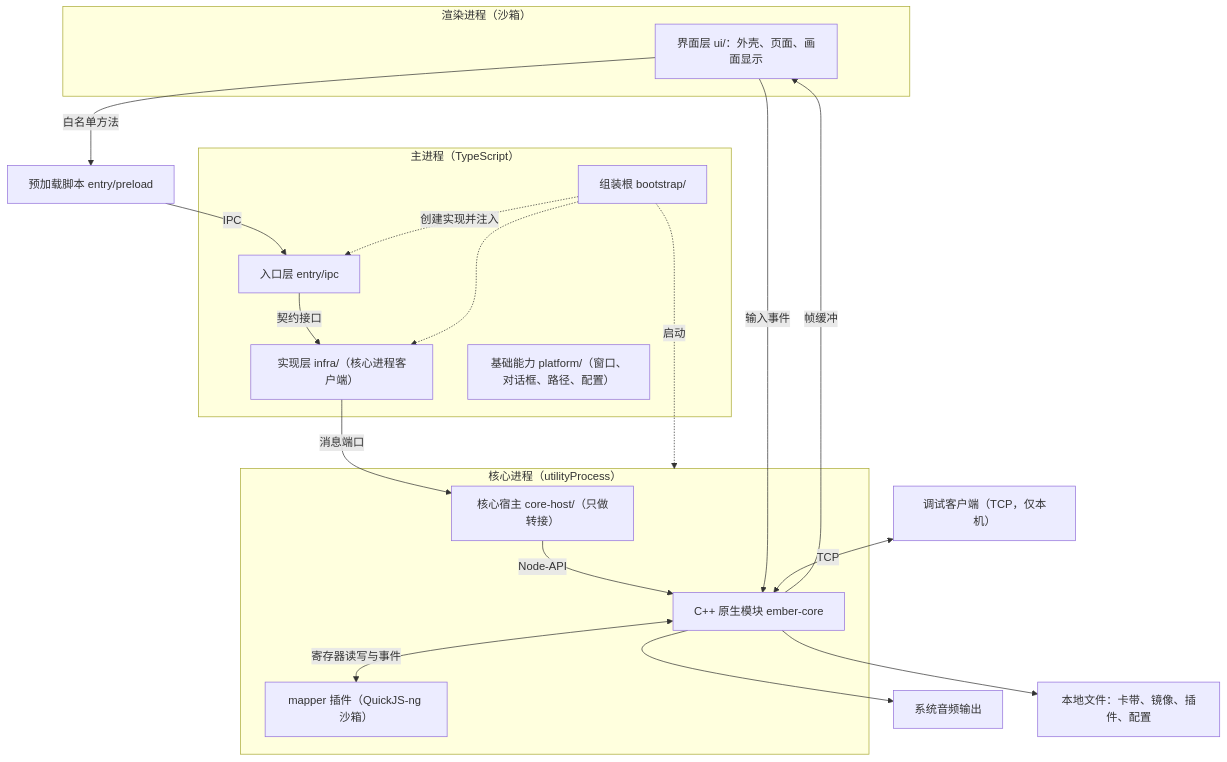
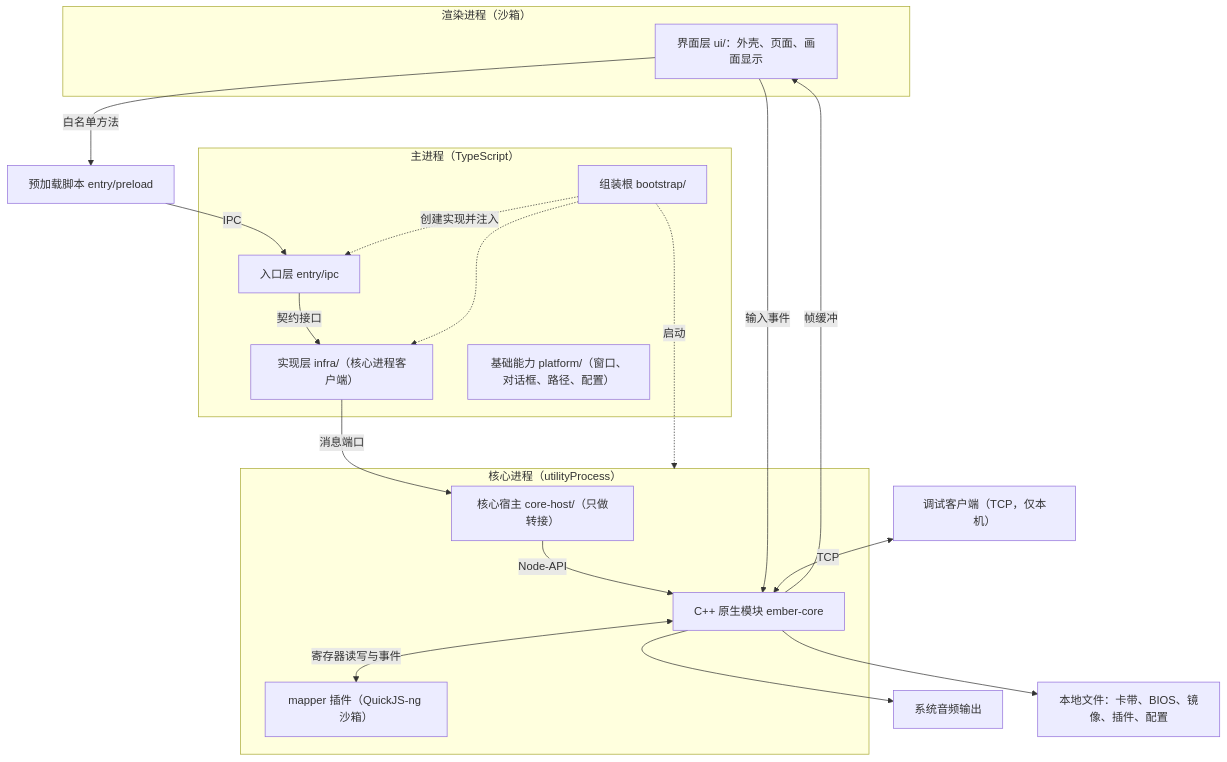
Before and after one commit to sungbindev/famiclone: the first of 2 diagrams in ember/docs/01-软件架构设计.md, drawn with Mermaid. The commit also changed other lines of this file and 27 other files, not shown here.

````diff
--- a/ember/docs/01-软件架构设计.md
+++ b/ember/docs/01-软件架构设计.md
@@ -35,36 +35,36 @@
 ```mermaid
 flowchart TB
   subgraph RENDERER["渲染进程（沙箱）"]
     UI["界面层 ui/：外壳、页面、画面显示"]
   end
   PRE["预加载脚本 entry/preload"]
   subgraph MAIN["主进程（TypeScript）"]
     BOOT["组装根 bootstrap/"]
     ENTRY["入口层 entry/ipc"]
     INFRA["实现层 infra/（核心进程客户端）"]
     PLAT["基础能力 platform/（窗口、对话框、路径、配置）"]
   end
   subgraph CORE["核心进程（utilityProcess）"]
     HOST["核心宿主 core-host/（只做转接）"]
     NATIVE["C++ 原生模块 ember-core"]
     PLUGINS["mapper 插件（QuickJS-ng 沙箱）"]
   end
   DEBUG["调试客户端（TCP，仅本机）"]
   AUDIO["系统音频输出"]
-  FILES["本地文件：卡带、镜像、插件、配置"]
+  FILES["本地文件：卡带、BIOS、镜像、插件、配置"]
 
   UI -->|"白名单方法"| PRE
   PRE -->|"IPC"| ENTRY
   ENTRY -->|"契约接口"| INFRA
   INFRA -->|"消息端口"| HOST
   HOST -->|"Node-API"| NATIVE
   NATIVE <-->|"寄存器读写与事件"| PLUGINS
   NATIVE -->|"帧缓冲"| UI
   UI -->|"输入事件"| NATIVE
   NATIVE --> AUDIO
   NATIVE --> FILES
   DEBUG <-->|"TCP"| NATIVE
   BOOT -.->|"创建实现并注入"| ENTRY
   BOOT -.-> INFRA
   BOOT -.->|"启动"| CORE
 ```
````
